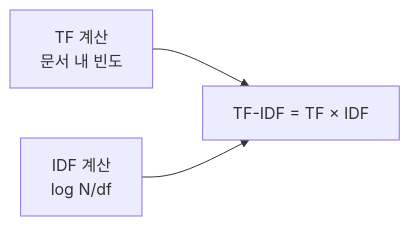
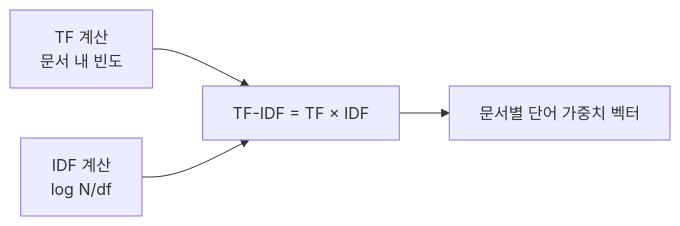
One commit to coninggu/wjdqhrhksflrltnftk changed the diagram in content/tf-idf.md. Above: the diagram before and after it, drawn with Mermaid. The commit also changed other lines of this file and 5 other files, not shown here.

````diff
--- a/content/tf-idf.md
+++ b/content/tf-idf.md
@@ -23,5 +27,6 @@
 ```mermaid
 flowchart LR
   A[TF 계산<br/>문서 내 빈도] --> C[TF-IDF = TF × IDF]
   B[IDF 계산<br/>log N/df] --> C
+  C --> D[문서별 단어 가중치 벡터]
 ```
````
